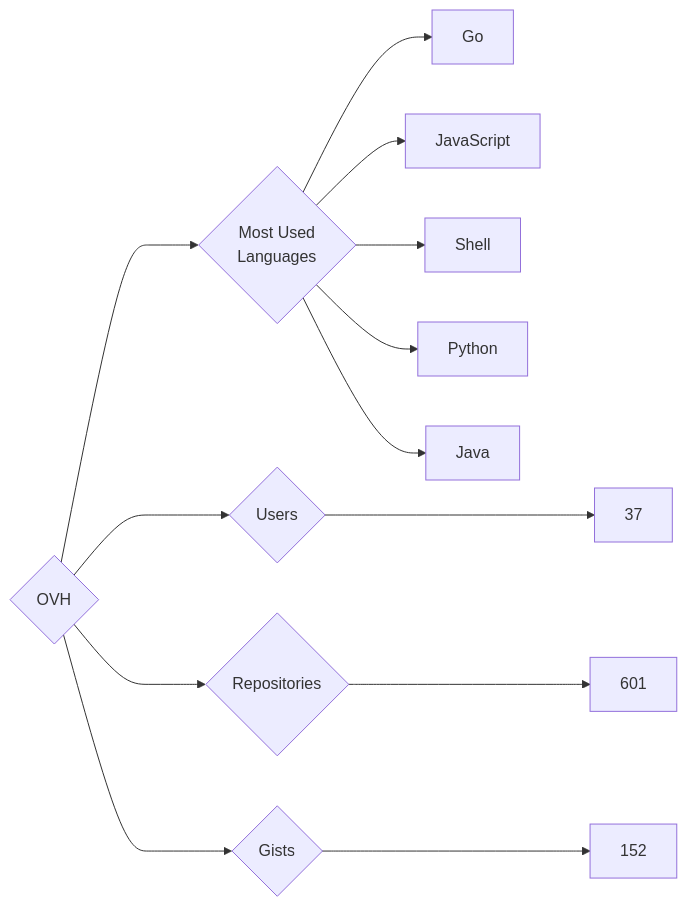
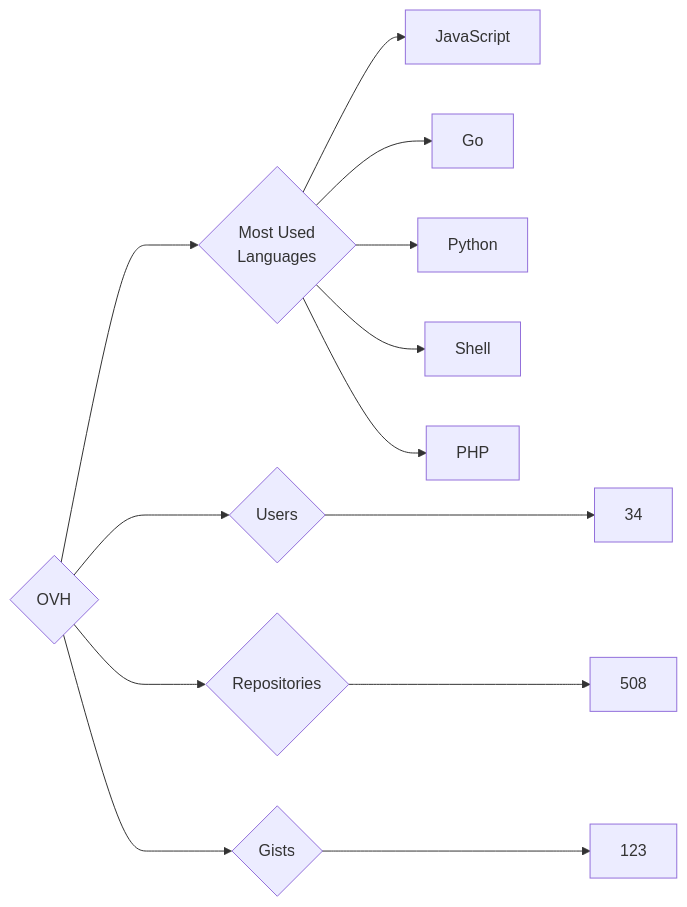
The diagram in targets/OVH/README.md (trickest/insiders), drawn with Mermaid before and after one commit. The commit also changed 964 other files, not shown here.

````diff
--- a/targets/OVH/README.md
+++ b/targets/OVH/README.md
@@ -3,13 +3,13 @@
 ```mermaid
 graph LR
 COMPANY_NAME{OVH}
-COMPANY_NAME ---> U{Users} ---> UN[37]
-COMPANY_NAME ---> R{Repositories} ---> RN[601]
-COMPANY_NAME ---> G{Gists} ---> GN[152]
+COMPANY_NAME ---> U{Users} ---> UN[34]
+COMPANY_NAME ---> R{Repositories} ---> RN[508]
+COMPANY_NAME ---> G{Gists} ---> GN[123]
 COMPANY_NAME ---> ML{Most Used<br>Languages}
+ML --> JavaScript[JavaScript]
 ML --> Go[Go]
-ML --> JavaScript[JavaScript]
+ML --> Python[Python]
 ML --> Shell[Shell]
-ML --> Python[Python]
-ML --> Java[Java]
+ML --> PHP[PHP]
 ```
````
